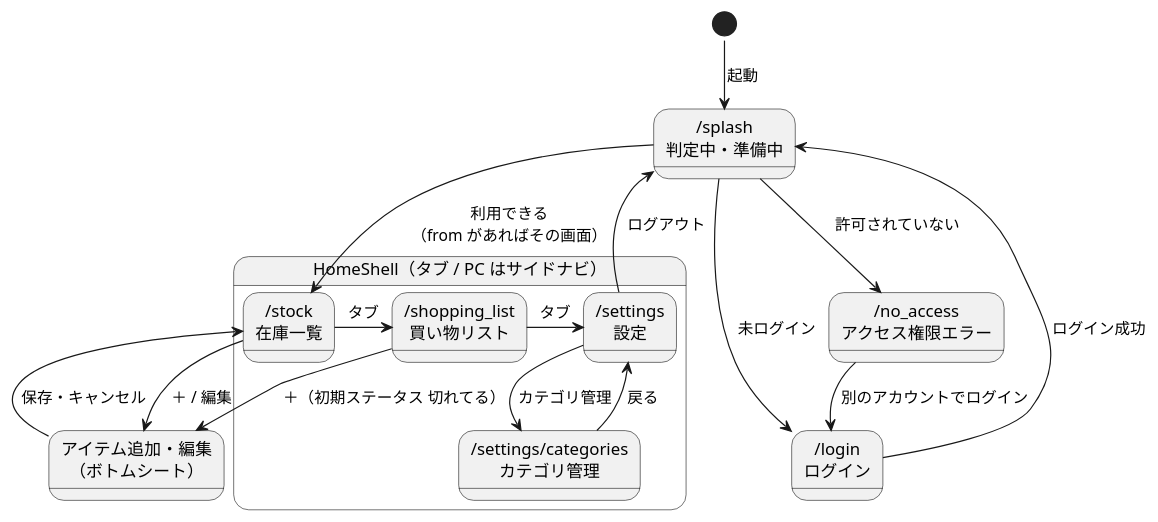
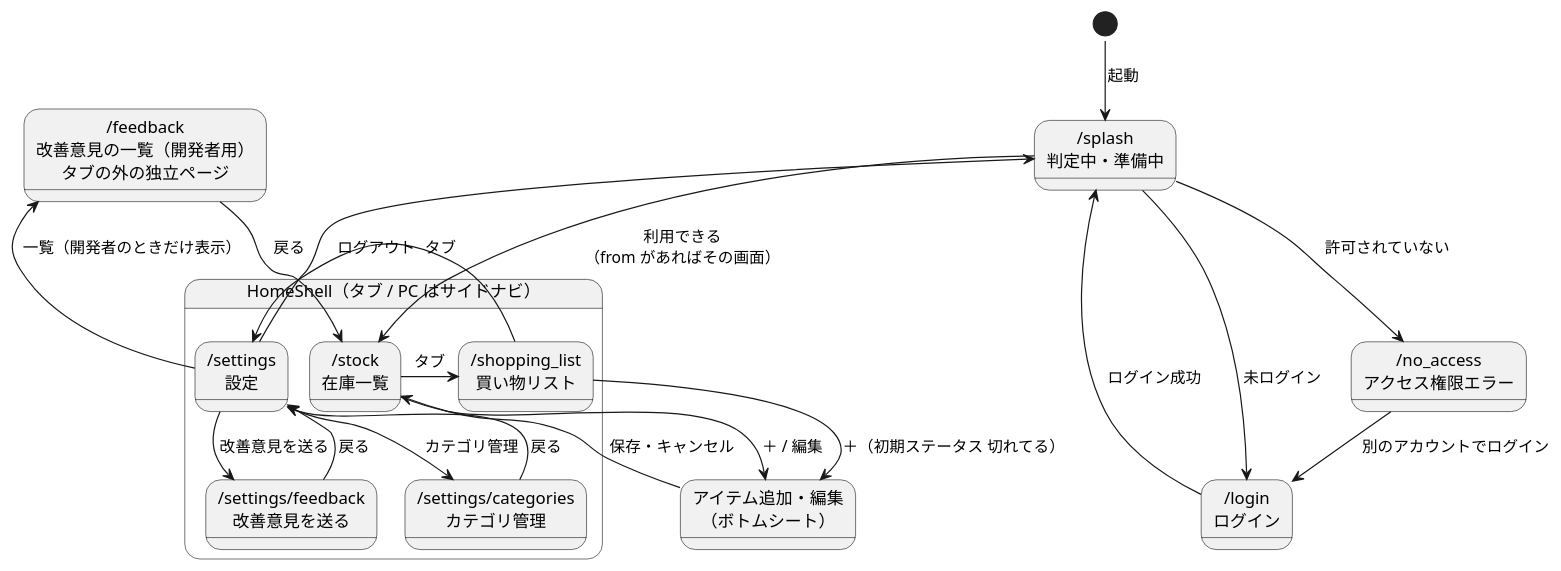
The diagram in design/screens/diagrams/screen_flow.puml (LASC-SINCE2015/LivingManager), drawn with PlantUML before and after one commit. The commit also changed 43 other files, not shown here.

```diff
--- a/design/screens/diagrams/screen_flow.puml
+++ b/design/screens/diagrams/screen_flow.puml
@@ -1,34 +1,41 @@
 @startuml screen_flow
 !pragma layout smetana
 ' 画面（ルート）とその間の遷移
 skinparam defaultFontName "Meiryo"
 
 state "/splash\n判定中・準備中" as Splash
 state "/login\nログイン" as Login
 state "/no_access\nアクセス権限エラー" as NoAccess
 
 state "HomeShell（タブ / PC はサイドナビ）" as Shell {
   state "/stock\n在庫一覧" as Stock
   state "/shopping_list\n買い物リスト" as Shopping
   state "/settings\n設定" as Settings
   state "/settings/categories\nカテゴリ管理" as Categories
+  state "/settings/feedback\n改善意見を送る" as SendFeedback
   Stock -right-> Shopping : タブ
   Shopping -right-> Settings : タブ
   Settings --> Categories : カテゴリ管理
   Categories --> Settings : 戻る
+  Settings --> SendFeedback : 改善意見を送る
+  SendFeedback --> Settings : 戻る
 }
+
+state "/feedback\n改善意見の一覧（開発者用）\nタブの外の独立ページ" as FeedbackList
 
 state "アイテム追加・編集\n（ボトムシート）" as EditSheet
 
 [*] --> Splash : 起動
 Splash --> Login : 未ログイン
 Splash --> Stock : 利用できる\n（from があればその画面）
 Splash --> NoAccess : 許可されていない
 Login --> Splash : ログイン成功
 NoAccess --> Login : 別のアカウントでログイン
 Settings --> Splash : ログアウト
+Settings --> FeedbackList : 一覧（開発者のときだけ表示）
+FeedbackList --> Stock : 戻る
 
 Stock --> EditSheet : ＋ / 編集
 Shopping --> EditSheet : ＋（初期ステータス 切れてる）
 EditSheet --> Stock : 保存・キャンセル
 @enduml
```
